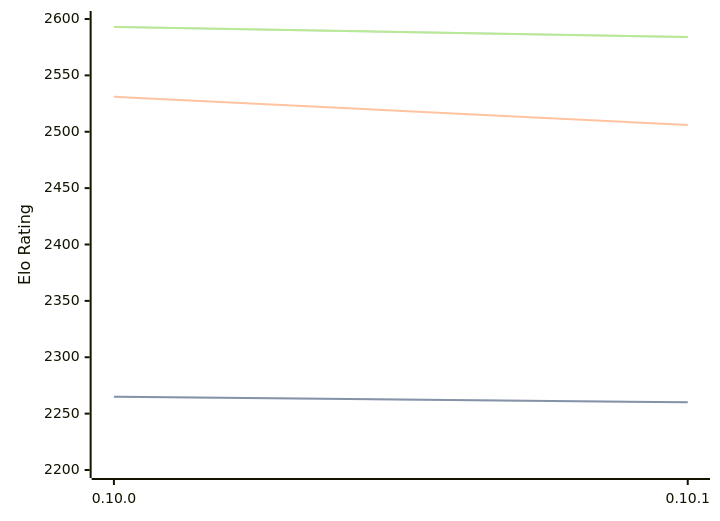
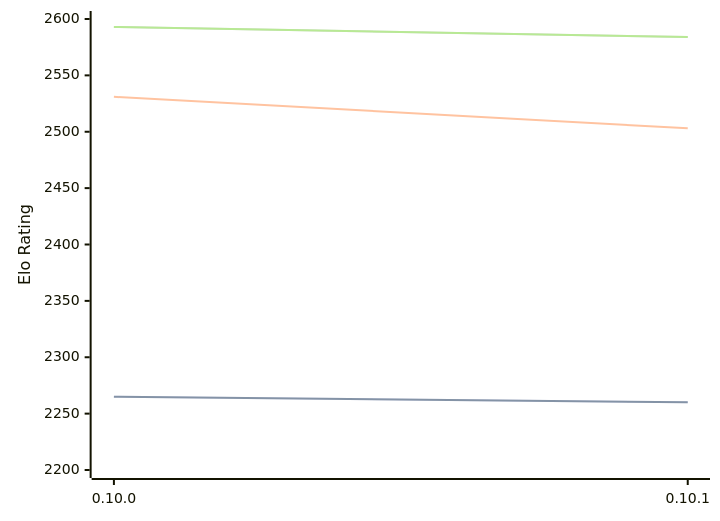
Before and after one commit to computer-chess-index/cci: the first of 3 diagrams in engines/Fatalii.md, drawn with Mermaid. The commit also changed other lines of this file, not shown here.

````diff
--- a/engines/Fatalii.md
+++ b/engines/Fatalii.md
@@ -46,11 +46,11 @@
 ```mermaid
 %%{init: {"theme":"base","themeVariables":{"seriesColors:['#a3a3a3','#222221','#faa371']}}}%%
 xychart-beta
   x-axis ["0.10.0", "0.10.1"]
   y-axis "Elo Rating" 2200 --> 2600
   line "STC (8.0+0.08s)" [2265, 2260]
   line "STC (8.0+0.08s)" [2265, 2260]
-  line "LTC (60.0+0.60s)" [2531, 2506]
+  line "LTC (60.0+0.60s)" [2531, 2503]
   line "VLTC (2m24s+1.12s)" [2593, 2584]
   line "VLTC (2m24s+1.12s)" [2593, 2584]
 ```
````
